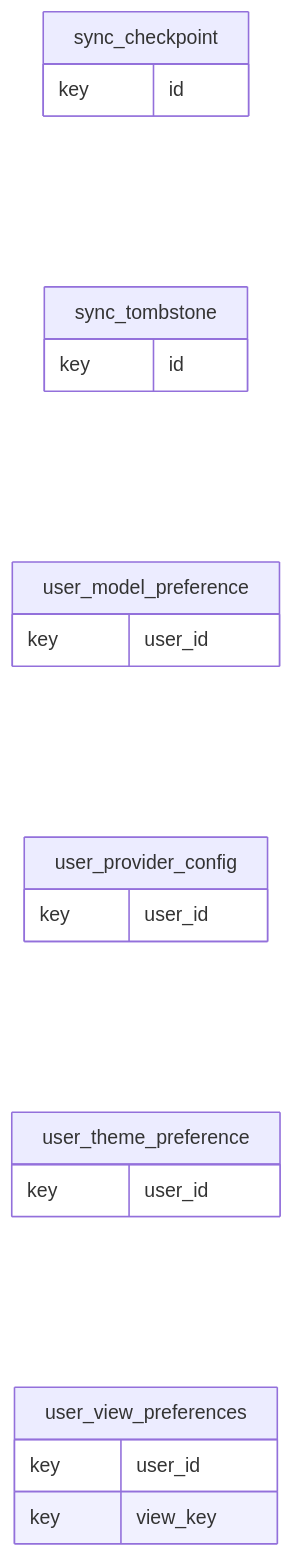
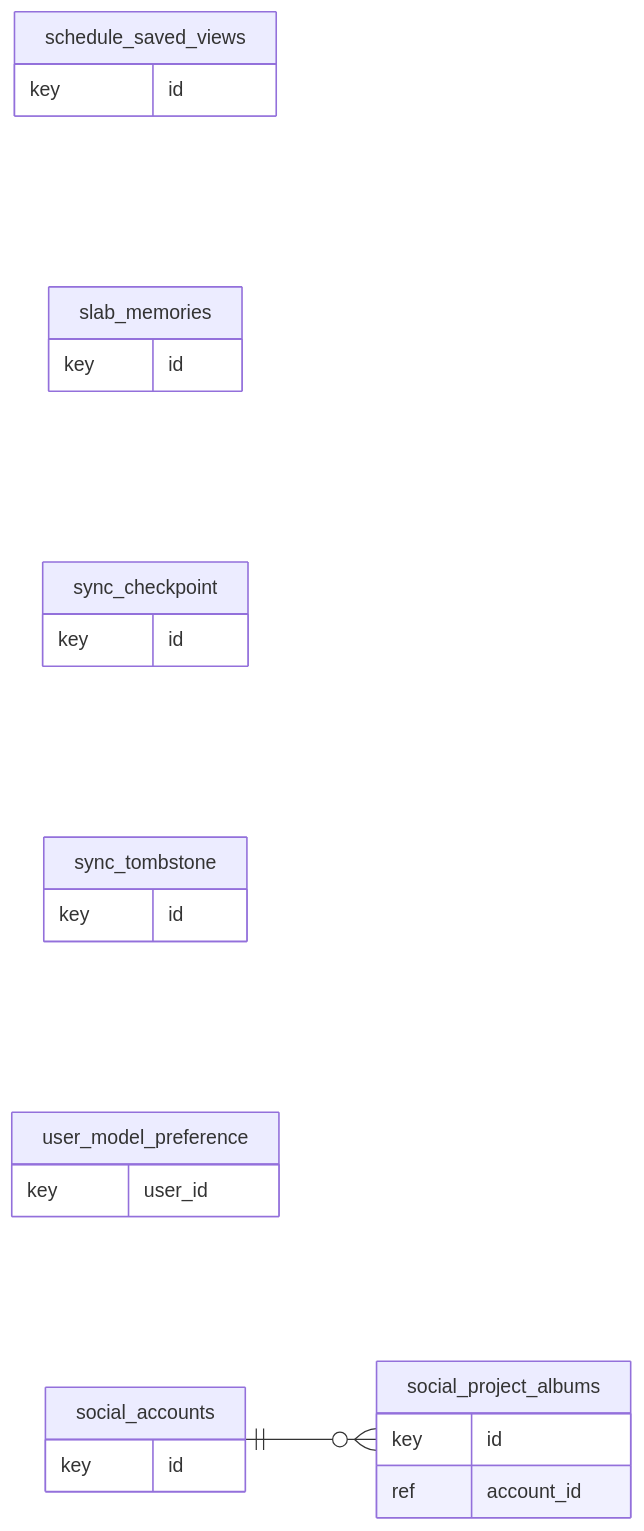
The diagram in docs/manual/diagrams/er-workspace-9.mmd (High-Performance-Structures/compass), drawn with Mermaid before and after one commit. The commit also changed 27 other files, not shown here.

First line of the commit message:
docs(manual): cover payments, multi-assignee schedule, saved views, status lists and record tables (#1096)

```diff
--- a/docs/manual/diagrams/er-workspace-9.mmd
+++ b/docs/manual/diagrams/er-workspace-9.mmd
@@ -1,21 +1,25 @@
 erDiagram
   direction LR
+  schedule_saved_views {
+    key id
+  }
+  slab_memories {
+    key id
+  }
+  social_project_albums {
+    key id
+    ref account_id
+  }
   sync_checkpoint {
     key id
   }
   sync_tombstone {
     key id
   }
   user_model_preference {
     key user_id
   }
-  user_provider_config {
-    key user_id
+  social_accounts {
+    key id
   }
-  user_theme_preference {
-    key user_id
-  }
-  user_view_preferences {
-    key user_id
-    key view_key
-  }
+  social_accounts ||--o{ social_project_albums : ""
```
